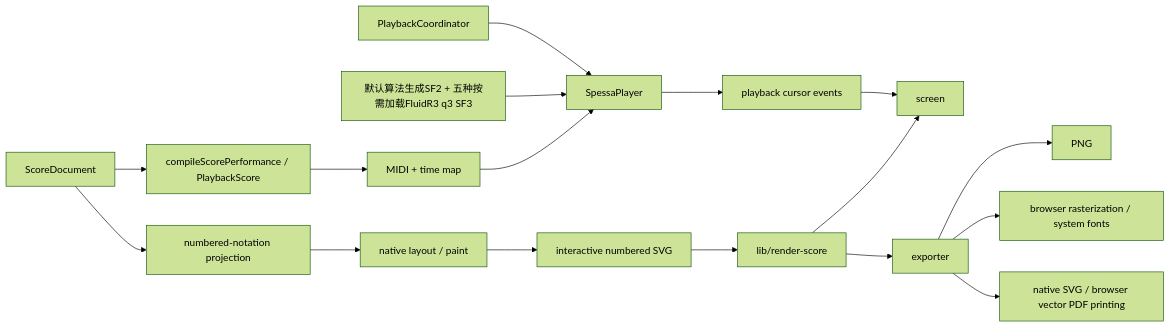
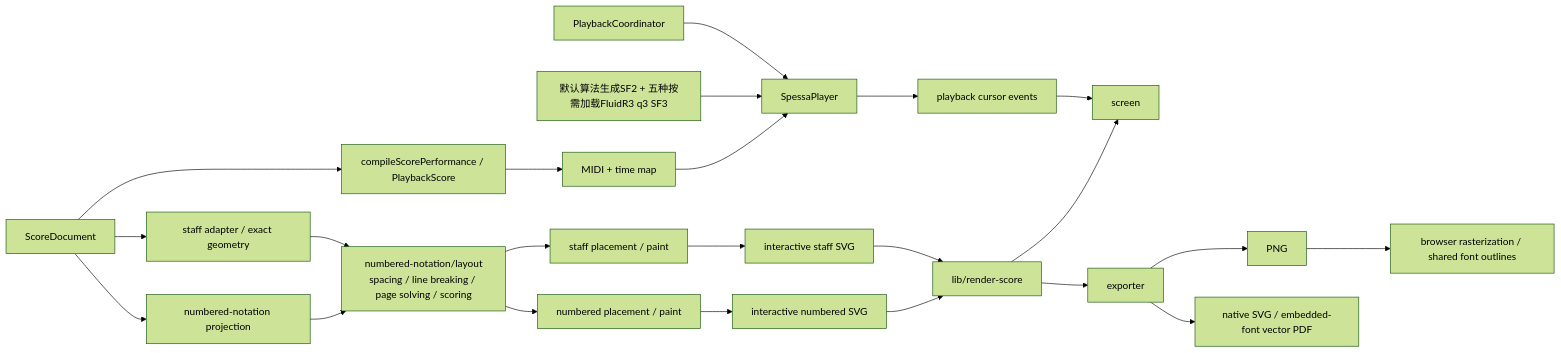
One commit to huazhechen/m3n changed the fourth of 5 diagrams in docs/CODEGRAPH.md. Above: the diagram before and after it, drawn with Mermaid (forest theme). The commit also changed other lines of this file and 119 other files, not shown here.

Commit message:
Refactor shared engraving core and correct spacing quality and tie geometry

````diff
--- a/docs/CODEGRAPH.md
+++ b/docs/CODEGRAPH.md
@@ -116,19 +117,25 @@
 ```mermaid
 flowchart LR
   document["ScoreDocument"] --> adapter["numbered-notation projection"]
-  adapter --> native["native layout / paint"]
+  document --> staff["staff adapter / exact geometry"]
+  adapter --> shared["numbered-notation/layout<br/>spacing / line breaking / page solving / scoring"]
+  staff --> shared
+  shared --> native["numbered placement / paint"]
+  shared --> staffPaint["staff placement / paint"]
   native --> numberedSvg["interactive numbered SVG"]
+  staffPaint --> staffSvg["interactive staff SVG"]
   numberedSvg --> renderService["lib/render-score"]
+  staffSvg --> renderService
   renderService --> screen
   renderService --> exporter
   document --> performance["compileScorePerformance / PlaybackScore"]
   performance --> midi["MIDI + time map"]
   midi --> player["SpessaPlayer"]
   soundfont["默认算法生成SF2 + 五种按需加载FluidR3 q3 SF3"] --> player
   coordinator["PlaybackCoordinator"] --> player
   player --> cursor["playback cursor events"]
   cursor --> screen
   exporter --> png["PNG"]
-  exporter --> raster["browser rasterization / system fonts"]
-  exporter --> pdf["native SVG / browser vector PDF printing"]
+  png --> raster["browser rasterization / shared font outlines"]
+  exporter --> pdf["native SVG / embedded-font vector PDF"]
 ```
````
